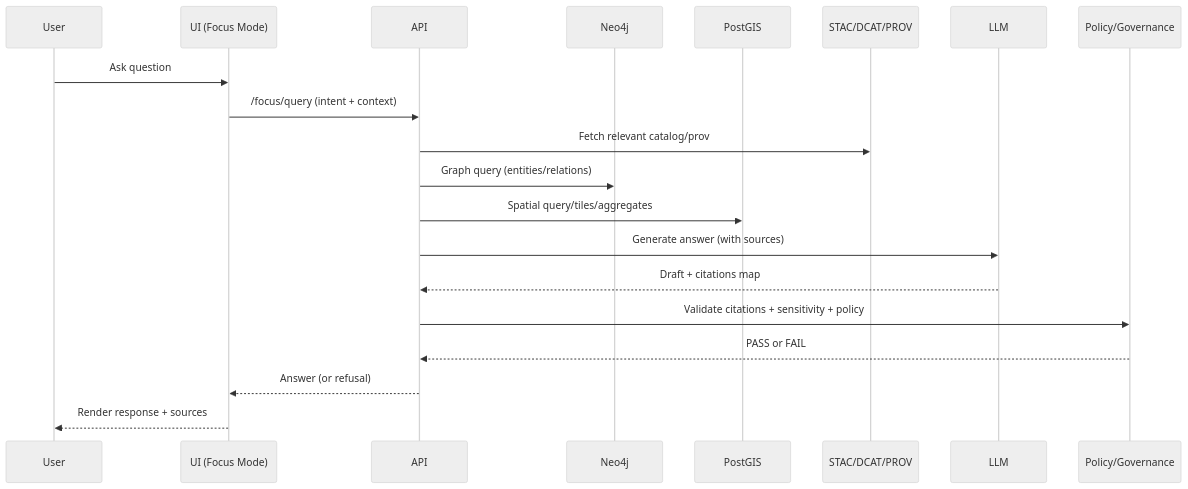
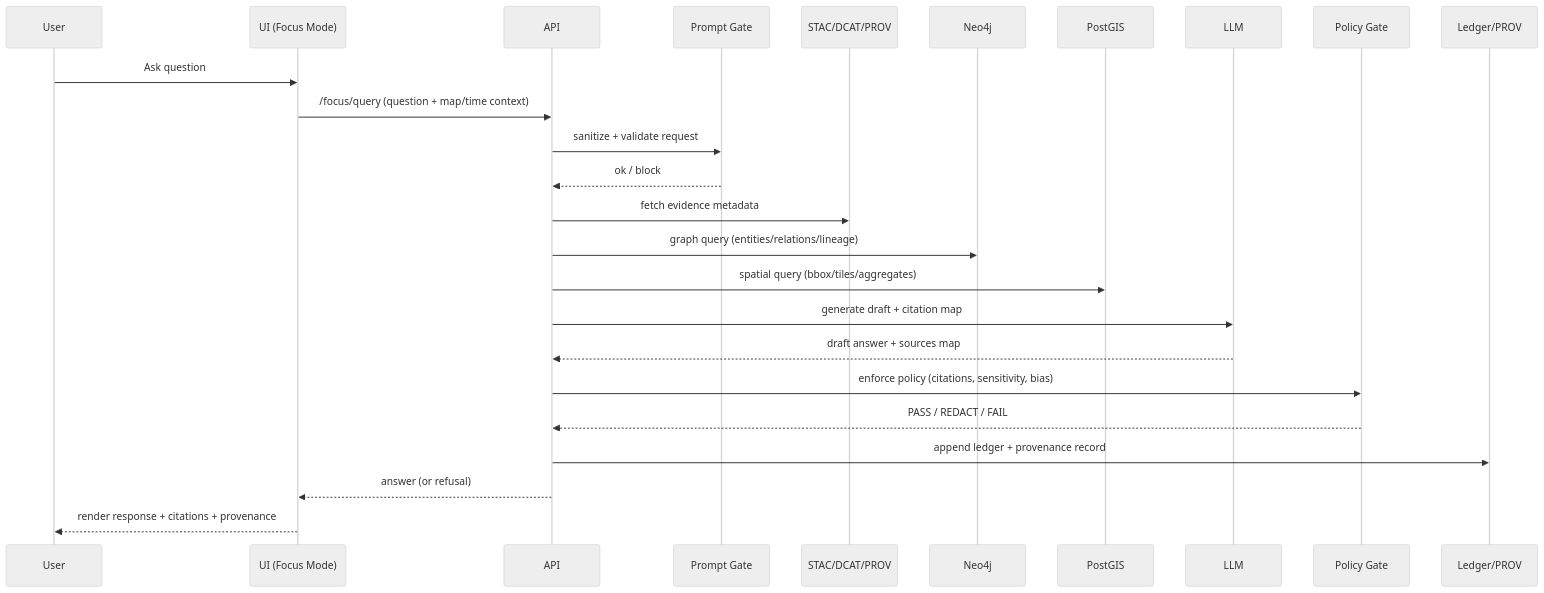
One commit to bartytime4life/Kansas-Frontier-Matrix changed the seventh of 13 diagrams in docs/architecture/diagrams/README.md. Above: the diagram before and after it, drawn with Mermaid (neutral theme). The commit also changed other lines of this file, not shown here.

````diff
--- a/docs/architecture/diagrams/README.md
+++ b/docs/architecture/diagrams/README.md
@@ -349,23 +483,30 @@
 ```mermaid
 sequenceDiagram
   participant U as User
   participant UI as UI (Focus Mode)
   participant API as API
+  participant P as Prompt Gate
+  participant C as STAC/DCAT/PROV
   participant G as Neo4j
-  participant P as PostGIS
-  participant C as STAC/DCAT/PROV
+  participant S as PostGIS
   participant L as LLM
-  participant K as Policy/Governance
+  participant K as Policy Gate
+  participant D as Ledger/PROV
 
   U->>UI: Ask question
-  UI->>API: /focus/query (intent + context)
-  API->>C: Fetch relevant catalog/prov
-  API->>G: Graph query (entities/relations)
-  API->>P: Spatial query/tiles/aggregates
-  API->>L: Generate answer (with sources)
-  L-->>API: Draft + citations map
-  API->>K: Validate citations + sensitivity + policy
-  K-->>API: PASS or FAIL
-  API-->>UI: Answer (or refusal)
-  UI-->>U: Render response + sources
+  UI->>API: /focus/query (question + map/time context)
+  API->>P: sanitize + validate request
+  P-->>API: ok / block
+
+  API->>C: fetch evidence metadata
+  API->>G: graph query (entities/relations/lineage)
+  API->>S: spatial query (bbox/tiles/aggregates)
+  API->>L: generate draft + citation map
+
+  L-->>API: draft answer + sources map
+  API->>K: enforce policy (citations, sensitivity, bias)
+  K-->>API: PASS / REDACT / FAIL
+  API->>D: append ledger + provenance record
+  API-->>UI: answer (or refusal)
+  UI-->>U: render response + citations + provenance
 ```
````
